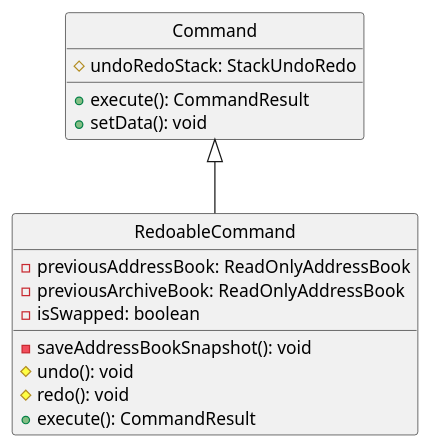
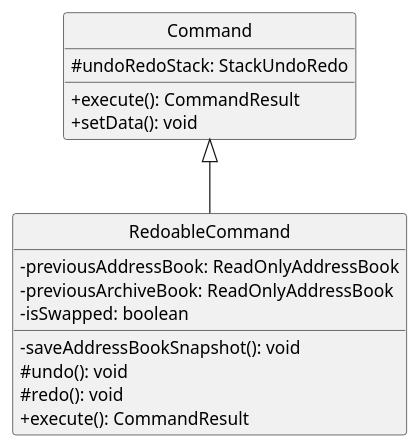
The diagram in docs/diagrams/UndoRedo0.puml (nus-cs2103-AY2122S2/tp), drawn with PlantUML before and after one commit. The commit also changed 7 other files, not shown here.

Commit message:
Fix code and diagrams

```diff
--- a/docs/diagrams/UndoRedo0.puml
+++ b/docs/diagrams/UndoRedo0.puml
@@ -1,23 +1,25 @@
 @startuml
 hide circle
 
 
 Command <|-- RedoableCommand
 
 class Command {
   # undoRedoStack: StackUndoRedo
   + execute(): CommandResult
   + setData(): void
 }
 
+
+skinparam classAttributeIconSize 0
 class RedoableCommand
  {
    - previousAddressBook: ReadOnlyAddressBook
    - previousArchiveBook: ReadOnlyAddressBook
    - isSwapped: boolean
    - saveAddressBookSnapshot(): void
    # undo(): void
    # redo(): void
    + execute(): CommandResult
 }
 @enduml
```
